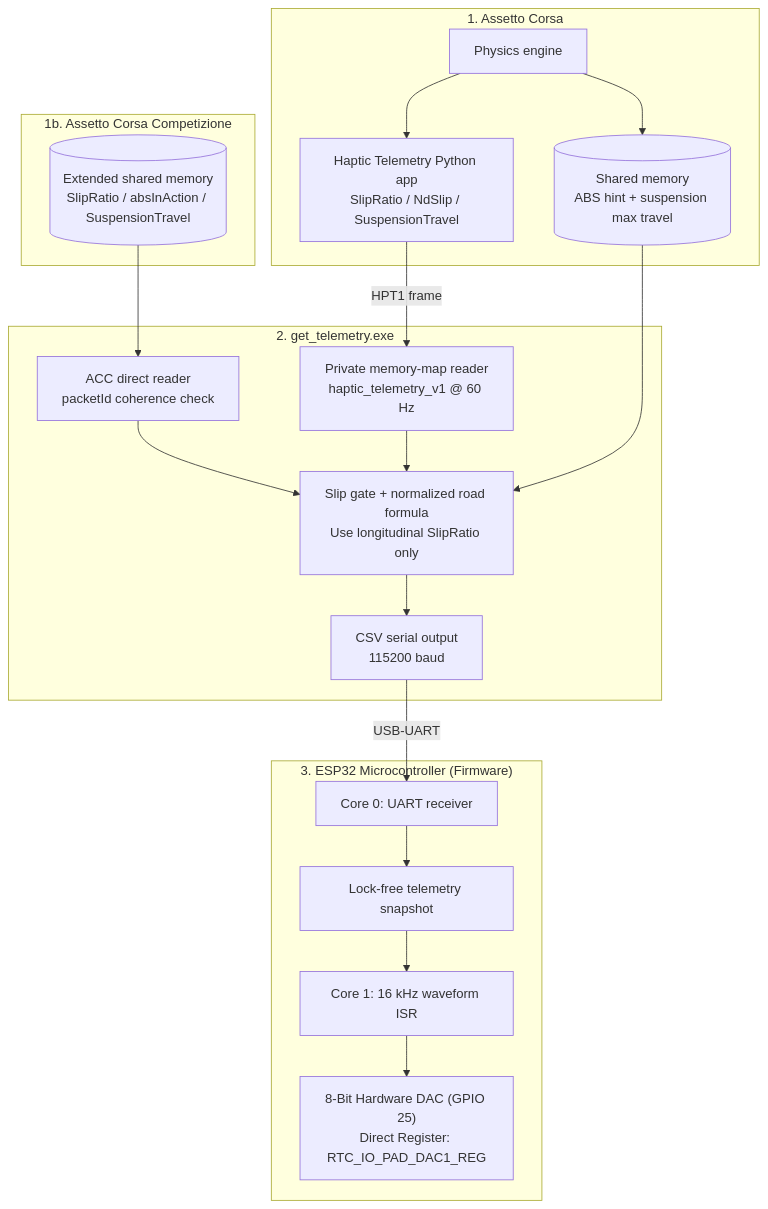
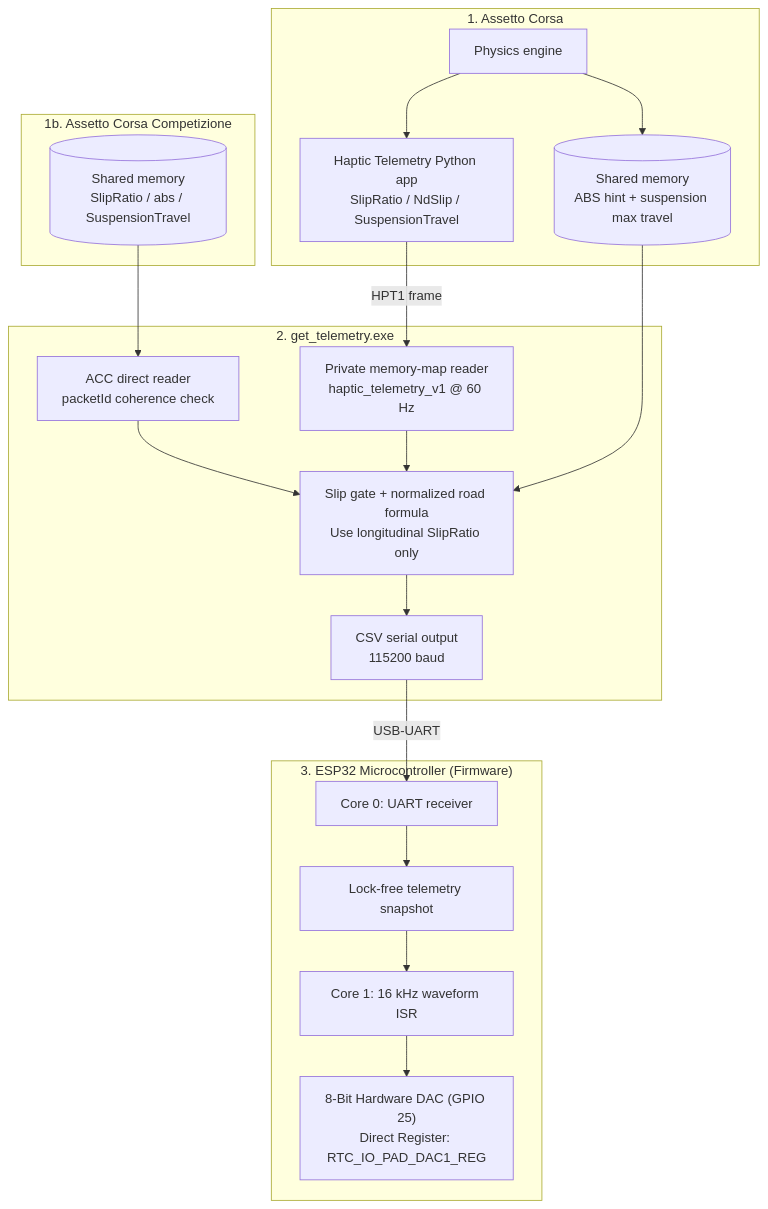
One commit to tminh-U/DIY-Haptic-Motor-for-Pedals changed the third of 3 diagrams in README.md. Above: the diagram before and after it, drawn with Mermaid. The commit also changed other lines of this file and 2 other files, not shown here.

Commit message:
Changing absinAction to abs in ACC mode

````diff
--- a/README.md
+++ b/README.md
@@ -363,37 +363,37 @@
 ```mermaid
 flowchart TD
     subgraph AC ["1. Assetto Corsa"]
         Physics["Physics engine"]
         Python["Haptic Telemetry Python app\nSlipRatio / NdSlip / SuspensionTravel"]
         AbsHint[("Shared memory\nABS hint + suspension max travel")]
         Physics --> Python
         Physics --> AbsHint
     end
 
     subgraph ACC ["1b. Assetto Corsa Competizione"]
-        ACCPhysics[("Extended shared memory\nSlipRatio / absInAction / SuspensionTravel")]
+        ACCPhysics[("Shared memory\nSlipRatio / abs / SuspensionTravel")]
     end
 
     subgraph Host ["2. get_telemetry.exe"]
         Bridge["Private memory-map reader\nhaptic_telemetry_v1 @ 60 Hz"]
         ACCReader["ACC direct reader\npacketId coherence check"]
         Gate["Slip gate + normalized road formula\nUse longitudinal SlipRatio only"]
         Serial["CSV serial output\n115200 baud"]
         Bridge --> Gate --> Serial
         ACCReader --> Gate
     end
 
     subgraph ESP ["3. ESP32 Microcontroller (Firmware)"]
         UARTCore0["Core 0: UART receiver"]
         Snapshot["Lock-free telemetry snapshot"]
         TimerCore1["Core 1: 16 kHz waveform ISR"]
         DAC["8-Bit Hardware DAC (GPIO 25)\nDirect Register: RTC_IO_PAD_DAC1_REG"]
         UARTCore0 --> Snapshot --> TimerCore1
         TimerCore1 --> DAC
     end
 
     Python -->|"HPT1 frame"| Bridge
     AbsHint --> Gate
     ACCPhysics --> ACCReader
     Serial -->|"USB-UART"| UARTCore0
 ```
````
